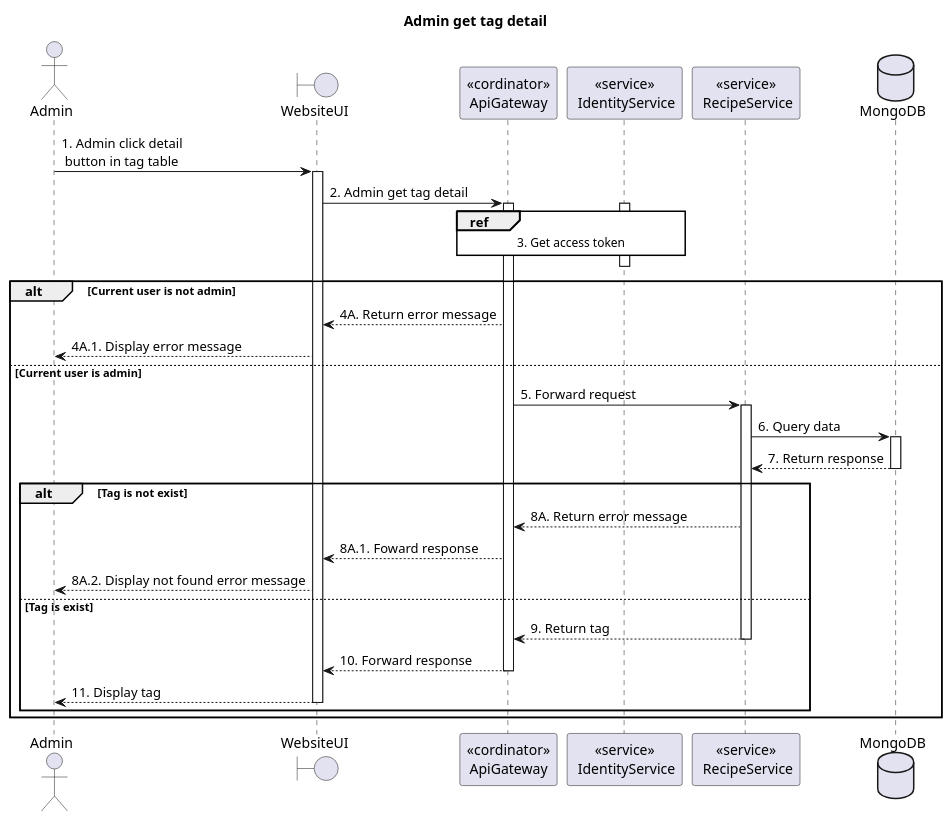
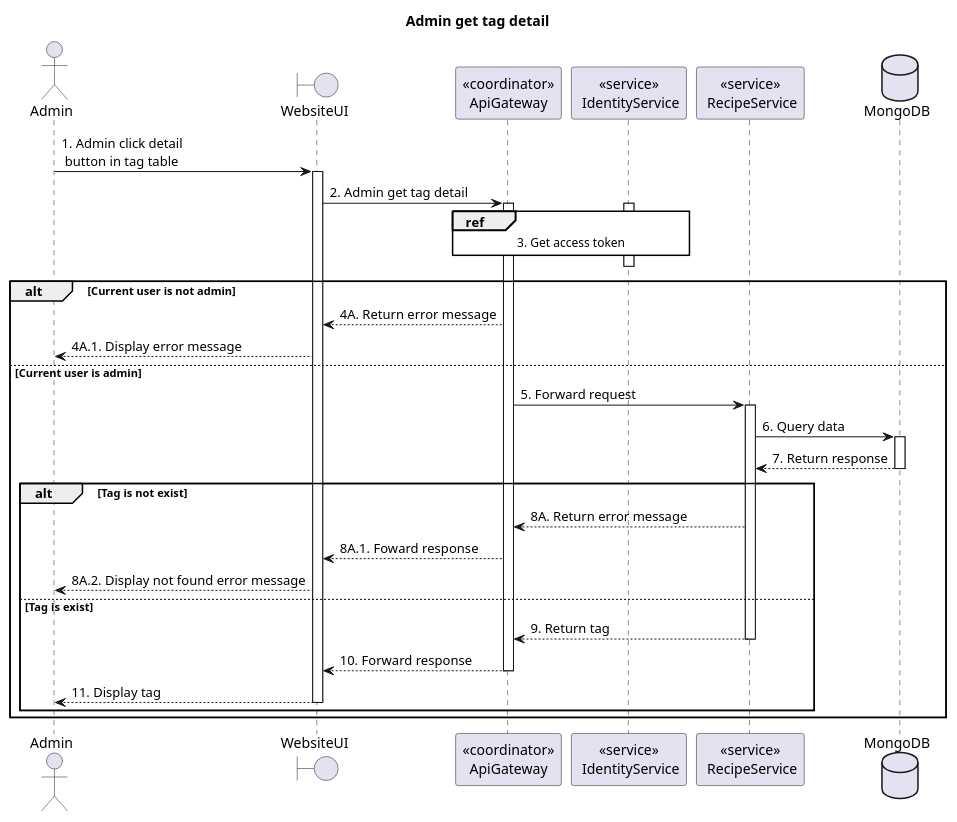
The diagram in doc/SDS/Recipe/Admin/Admin get tag detail/Sequence.plantuml (Carl-Johnsons/tastopia), drawn with PlantUML before and after one commit. The commit also changed 62 other files, not shown here.

Commit message:
doc: fix squence diagram

```diff
--- a/doc/SDS/Recipe/Admin/Admin get tag detail/Sequence.plantuml
+++ b/doc/SDS/Recipe/Admin/Admin get tag detail/Sequence.plantuml
@@ -1,46 +1,46 @@
 @startuml Sequence
 title "Admin get tag detail"
 ' Style section
 <style>
   sequenceDiagram {
     reference {
       BackGroundColor white
     }
 }
 </style>
 
 actor Admin
 boundary WebsiteUI
-participant "<<cordinator>>\nApiGateway" as ApiGateway
+participant "<<coordinator>>\nApiGateway" as ApiGateway
 participant "<<service>>\n IdentityService" as IdentityService
 participant "<<service>>\n RecipeService" as RecipeService
 database MongoDB
 
 Admin -> WebsiteUI++: 1. Admin click detail \n button in tag table
 
 WebsiteUI -> ApiGateway++: 2. Admin get tag detail
 
 activate IdentityService
 ref over ApiGateway, IdentityService: 3. Get access token
 ApiGateway -[hidden]-> IdentityService
 deactivate IdentityService
 
 alt Current user is not admin
     WebsiteUI <-- ApiGateway: 4A. Return error message
     Admin <-- WebsiteUI: 4A.1. Display error message
 else Current user is admin
 ApiGateway -> RecipeService++: 5. Forward request
 RecipeService -> MongoDB++: 6. Query data
 RecipeService <-- MongoDB--: 7. Return response
   alt Tag is not exist
       ApiGateway <-- RecipeService: 8A. Return error message
       WebsiteUI <-- ApiGateway: 8A.1. Foward response
       Admin <-- WebsiteUI: 8A.2. Display not found error message
   else Tag is exist
       ApiGateway <-- RecipeService--: 9. Return tag
       WebsiteUI <-- ApiGateway--: 10. Forward response
       Admin <-- WebsiteUI--: 11. Display tag
   end alt
 end alt
 
 @enduml
```
